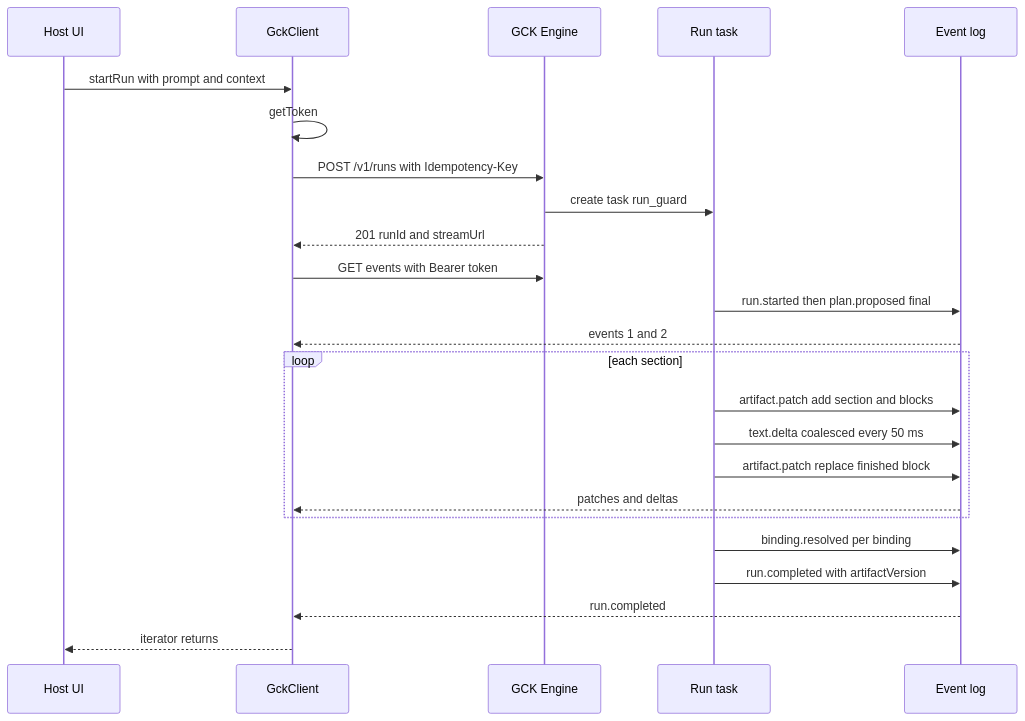
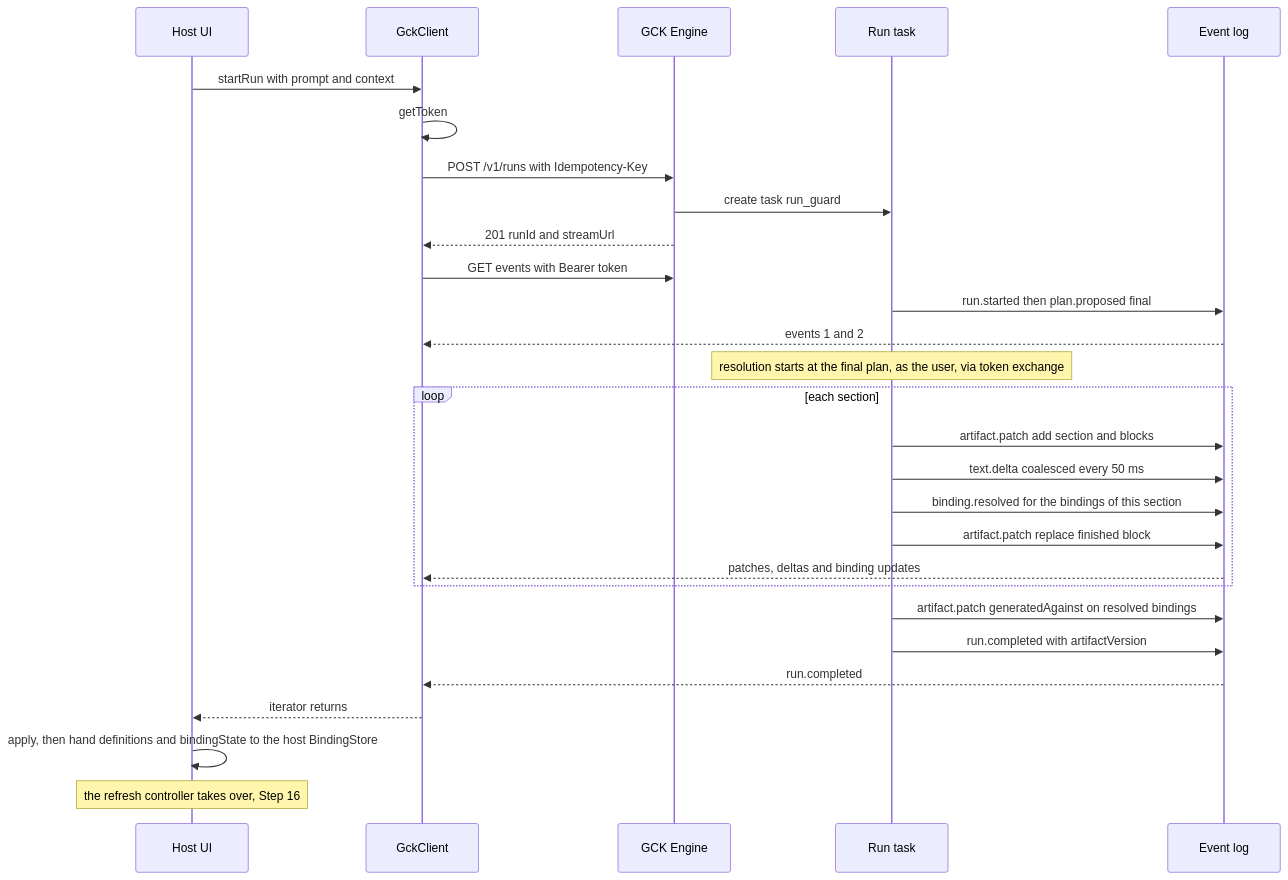
Before and after one commit to debnathSD/presenton-os: the third of 4 diagrams in tutorial/content/ai-component/63-run-protocol-and-client.md, drawn with Mermaid. The commit also changed other lines of this file and 12 other files, not shown here.

````diff
--- a/tutorial/content/ai-component/63-run-protocol-and-client.md
+++ b/tutorial/content/ai-component/63-run-protocol-and-client.md
@@ -1058,26 +1176,30 @@
 ```mermaid
 sequenceDiagram
     participant H as Host UI
     participant C as GckClient
     participant E as GCK Engine
     participant T as Run task
     participant L as Event log
     H->>C: startRun with prompt and context
     C->>C: getToken
     C->>E: POST /v1/runs with Idempotency-Key
     E->>T: create task run_guard
     E-->>C: 201 runId and streamUrl
     C->>E: GET events with Bearer token
     T->>L: run.started then plan.proposed final
     L-->>C: events 1 and 2
+    Note over T: resolution starts at the final plan, as the user, via token exchange
     loop each section
         T->>L: artifact.patch add section and blocks
         T->>L: text.delta coalesced every 50 ms
+        T->>L: binding.resolved for the bindings of this section
         T->>L: artifact.patch replace finished block
-        L-->>C: patches and deltas
+        L-->>C: patches, deltas and binding updates
     end
-    T->>L: binding.resolved per binding
+    T->>L: artifact.patch generatedAgainst on resolved bindings
     T->>L: run.completed with artifactVersion
     L-->>C: run.completed
     C-->>H: iterator returns
+    H->>H: apply, then hand definitions and bindingState to the host BindingStore
+    Note over H: the refresh controller takes over, Step 16
 ```
````
